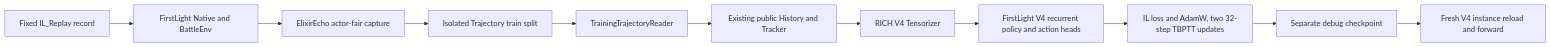
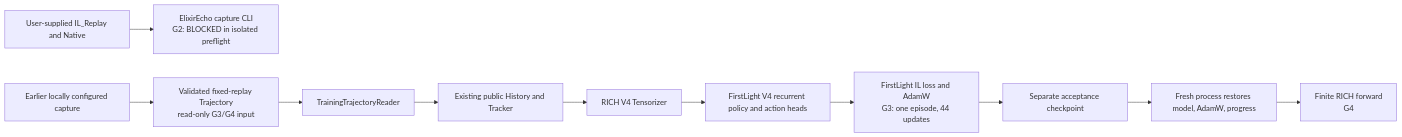
Before and after one commit to hero7014/ElixirEcho: the diagram in docs/demo-results.md, drawn with Mermaid. The commit also changed other lines of this file and 7 other files, not shown here.

````diff
--- a/docs/demo-results.md
+++ b/docs/demo-results.md
@@ -9,13 +10,13 @@
 ```mermaid
 flowchart LR
-  Replay[Fixed IL_Replay record] --> Native[FirstLight Native and BattleEnv]
-  Native --> Capture[ElixirEcho actor-fair capture]
-  Capture --> Trajectory[Isolated Trajectory train split]
-  Trajectory --> Reader[TrainingTrajectoryReader]
+  Replay[User-supplied IL_Replay and Native] --> Capture[ElixirEcho capture CLI<br/>G2: BLOCKED in isolated preflight]
+  EarlierCapture[Earlier locally configured capture] --> Archive[Validated fixed-replay Trajectory<br/>read-only G3/G4 input]
+  Archive --> Reader[TrainingTrajectoryReader]
   Reader --> Temporal[Existing public History and Tracker]
   Temporal --> Tensorizer[RICH V4 Tensorizer]
   Tensorizer --> Model[FirstLight V4 recurrent policy and action heads]
-  Model --> IL[IL loss and AdamW, two 32-step TBPTT updates]
-  IL --> Checkpoint[Separate debug checkpoint]
-  Checkpoint --> Reload[Fresh V4 instance reload and forward]
+  Model --> IL[FirstLight IL loss and AdamW<br/>G3: one episode, 44 updates]
+  IL --> Checkpoint[Separate acceptance checkpoint]
+  Checkpoint --> Reload[Fresh process restores model, AdamW, progress]
+  Reload --> Forward[Finite RICH forward<br/>G4]
 ```
````
